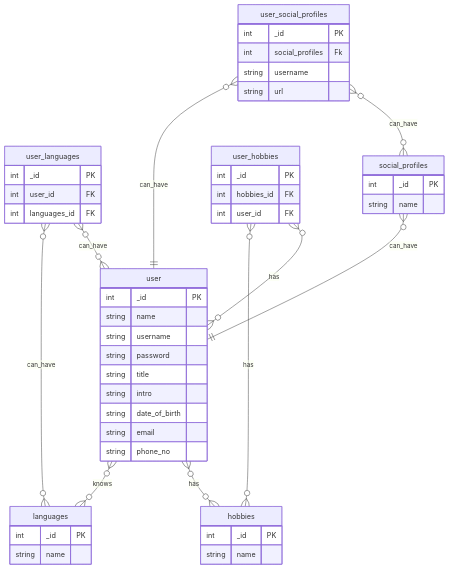
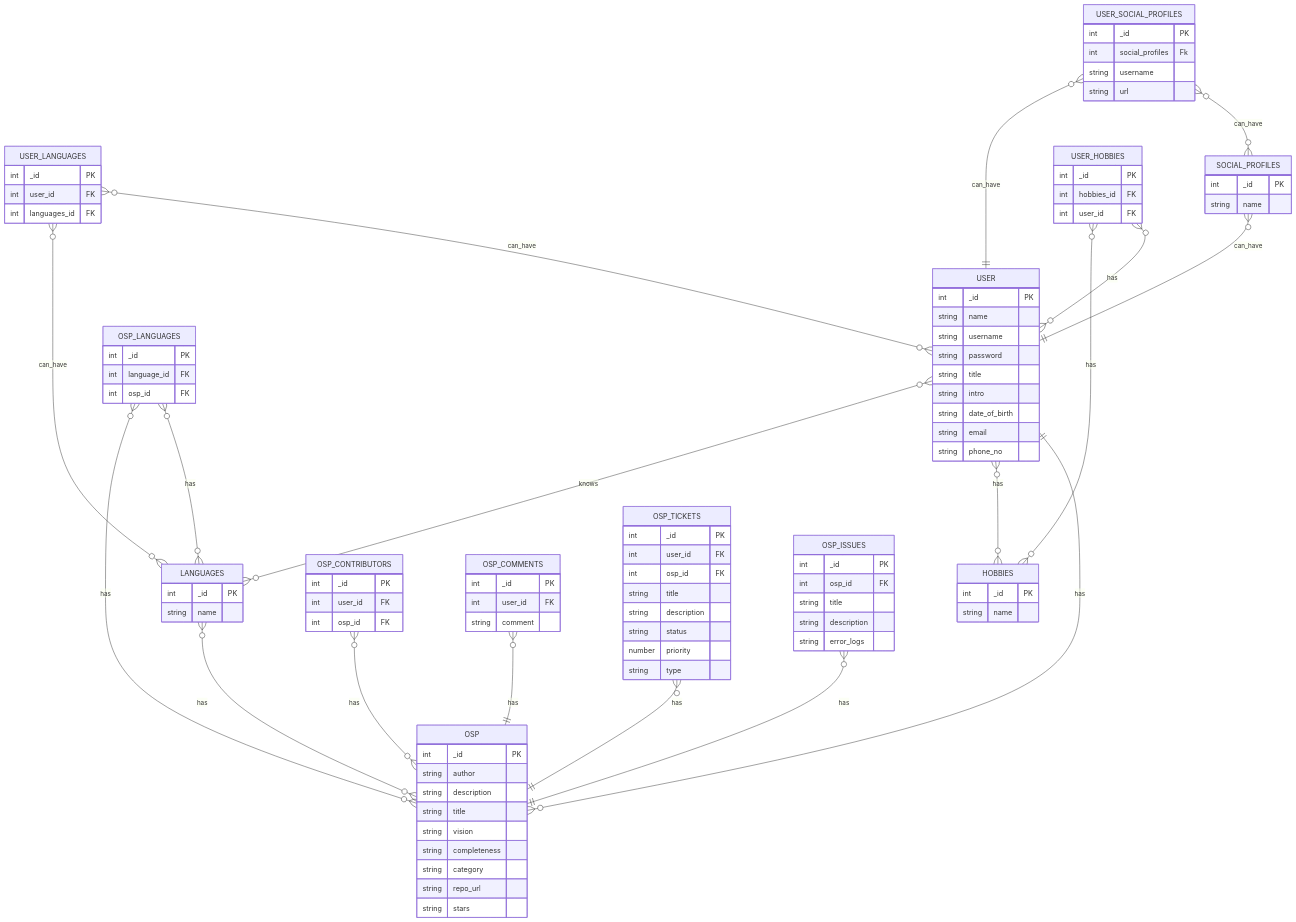
The diagram in README.md (awais3323/Pitchers), drawn with Mermaid before and after one commit.

Commit message:
addition in osp

````diff
--- a/README.md
+++ b/README.md
@@ -31,8 +31,8 @@
 ```mermaid
 erDiagram
 
-user}o--o{ languages: knows
-    user{
+USER}o--o{ LANGUAGES: knows
+    USER{
         int _id PK
         string name
         string username
@@ -45,46 +45,96 @@
 
     }
 
-    languages{
+    LANGUAGES{
         int _id PK
         string name
 
     }
-user_languages}o--o{languages: can_have
-user_languages}o--o{user: can_have
-    user_languages{
+USER_LANGUAGES}o--o{LANGUAGES: can_have
+USER_LANGUAGES}o--o{USER: can_have
+    USER_LANGUAGES{
         int _id PK 
         int user_id FK
         int languages_id FK
 
     }
-social_profiles}o--||user: can_have
-    social_profiles{
+SOCIAL_PROFILES}o--||USER: can_have
+    SOCIAL_PROFILES{
         int _id PK 
         string name
 
     }
-user_social_profiles}o--||      user: can_have
-user_social_profiles}o--o{social_profiles: can_have
-    user_social_profiles{
+USER_SOCIAL_PROFILES}o--||USER: can_have
+USER_SOCIAL_PROFILES}o--o{SOCIAL_PROFILES: can_have
+    USER_SOCIAL_PROFILES{
         int _id PK 
         int social_profiles Fk
         string username
         string url 
 
     }
-user}o--o{hobbies :has 
-
-    hobbies{
+USER}o--o{HOBBIES :has 
+    HOBBIES{
         int _id PK 
         string name
     }
-user_hobbies}o--o{hobbies :has 
-user_hobbies}o--o{user:has 
-    user_hobbies{
+USER_HOBBIES}o--o{HOBBIES :has 
+USER_HOBBIES}o--o{USER:has 
+    USER_HOBBIES{
         int _id PK 
         int hobbies_id FK
         int user_id FK
 
     }
+USER||--o{OSP :has
+LANGUAGES}o--o{OSP :has
+    OSP{
+        int _id PK
+        string author 
+        string description
+        string title
+        string vision
+        string completeness
+        string category
+        string repo_url
+        string stars
+    }
+OSP_CONTRIBUTORS}o--o{OSP :has
+    OSP_CONTRIBUTORS{
+        int _id PK
+        int user_id FK
+        int osp_id FK
+    }
+OSP_COMMENTS}o--||OSP :has
+    OSP_COMMENTS{
+        int _id PK
+        int user_id FK
+        string comment
+    }
+OSP_TICKETS}o--||OSP :has
+    OSP_TICKETS{
+        int _id PK
+        int user_id FK
+        int osp_id FK
+        string title
+        string description
+        string status
+        number priority 
+        string type
+    }
+OSP_LANGUAGES}o--o{OSP :has
+OSP_LANGUAGES}o--o{LANGUAGES :has
+    OSP_LANGUAGES{
+        int _id PK
+        int language_id FK
+        int osp_id FK
+    }
+OSP_ISSUES}o--||OSP :has
+    OSP_ISSUES{
+        int _id PK
+        int osp_id FK
+        string title
+        string description
+        string error_logs
+    }
 ```
````
